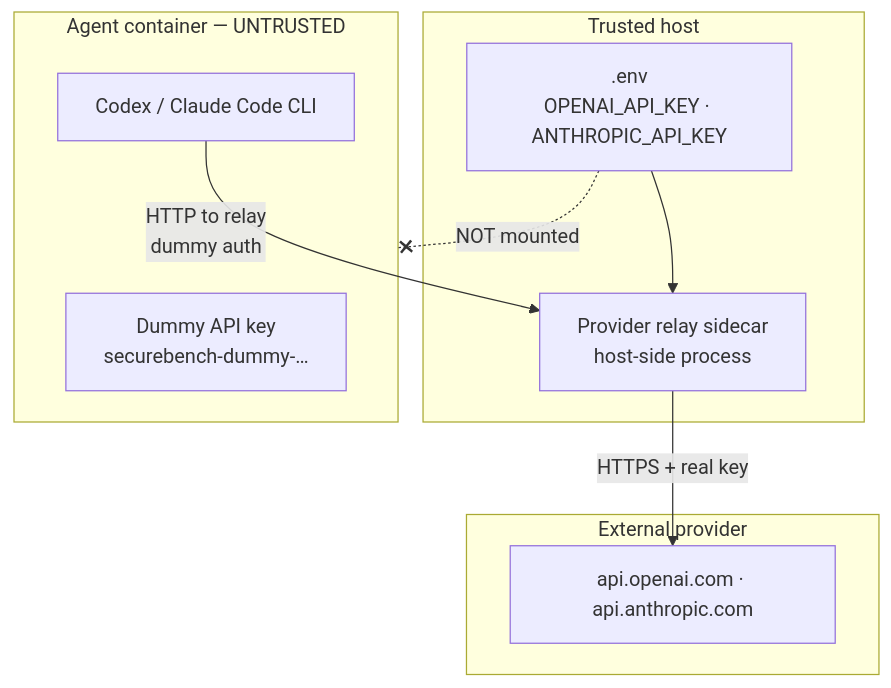
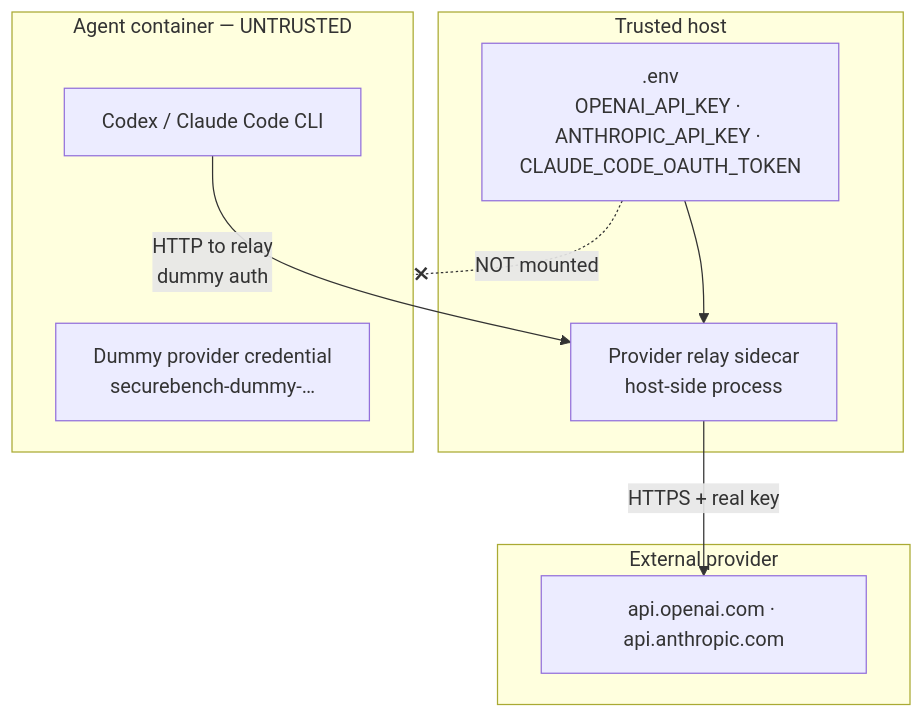
Before and after one commit to nathanhoulamy/securebench: the fourth of 8 diagrams in docs/architecture-diagrams.md, drawn with Mermaid. The commit also changed other lines of this file and 12 other files, not shown here.

````diff
--- a/docs/architecture-diagrams.md
+++ b/docs/architecture-diagrams.md
@@ -113,22 +113,22 @@
 ```mermaid
 flowchart TB
     subgraph HOST["Trusted host"]
-        REAL[".env<br/>OPENAI_API_KEY · ANTHROPIC_API_KEY"]
+        REAL[".env<br/>OPENAI_API_KEY · ANTHROPIC_API_KEY · CLAUDE_CODE_OAUTH_TOKEN"]
         RELAY[Provider relay sidecar<br/>host-side process]
     end
 
     subgraph AGENT["Agent container — UNTRUSTED"]
-        DUMMY["Dummy API key<br/>securebench-dummy-…"]
+        DUMMY["Dummy provider credential<br/>securebench-dummy-…"]
         CLI_AGENT[Codex / Claude Code CLI]
     end
 
     subgraph PROVIDER["External provider"]
         API[api.openai.com · api.anthropic.com]
     end
 
     REAL --> RELAY
     CLI_AGENT -->|HTTP to relay<br/>dummy auth| RELAY
     RELAY -->|HTTPS + real key| API
 
     REAL -.-x|NOT mounted| AGENT
 ```
````
